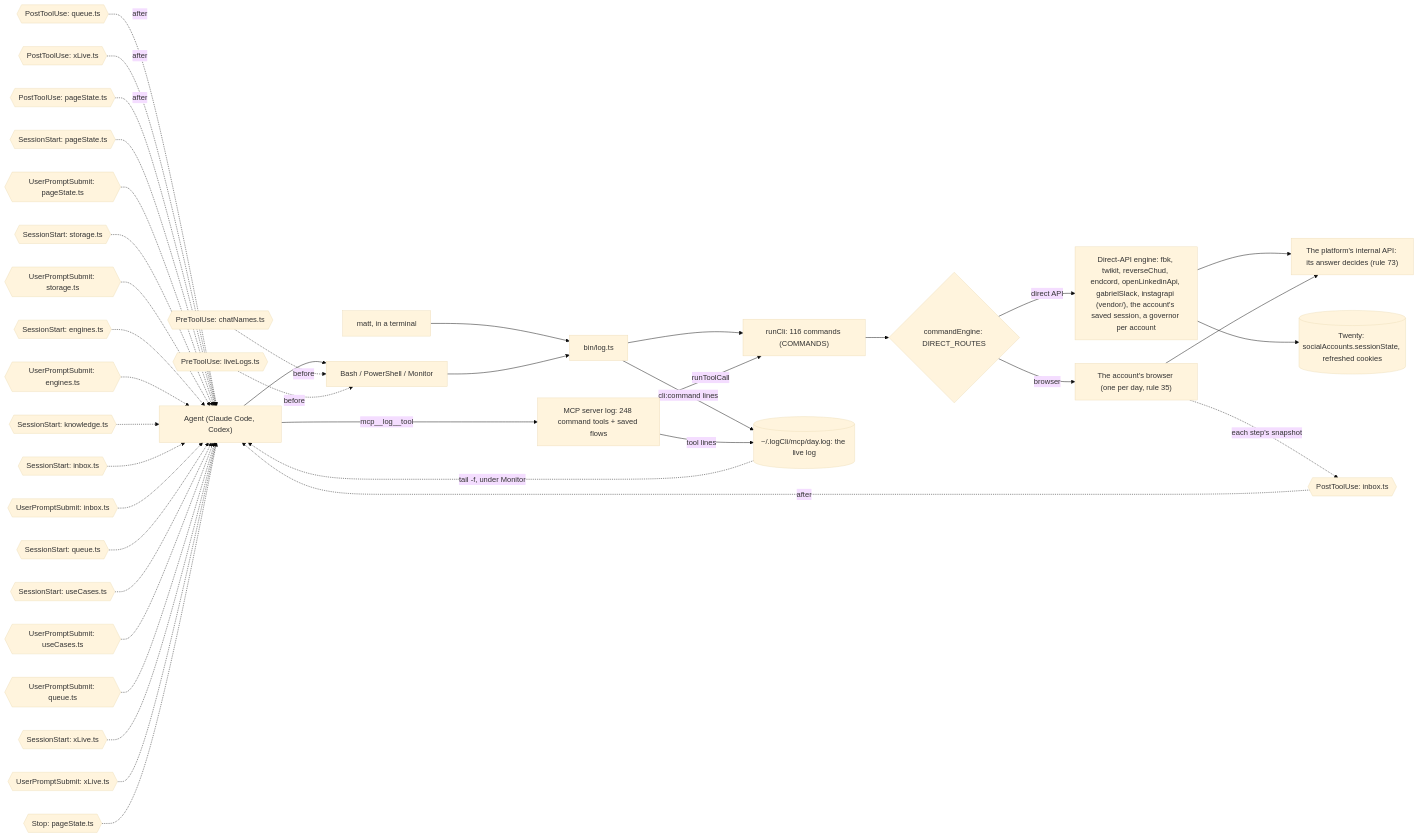
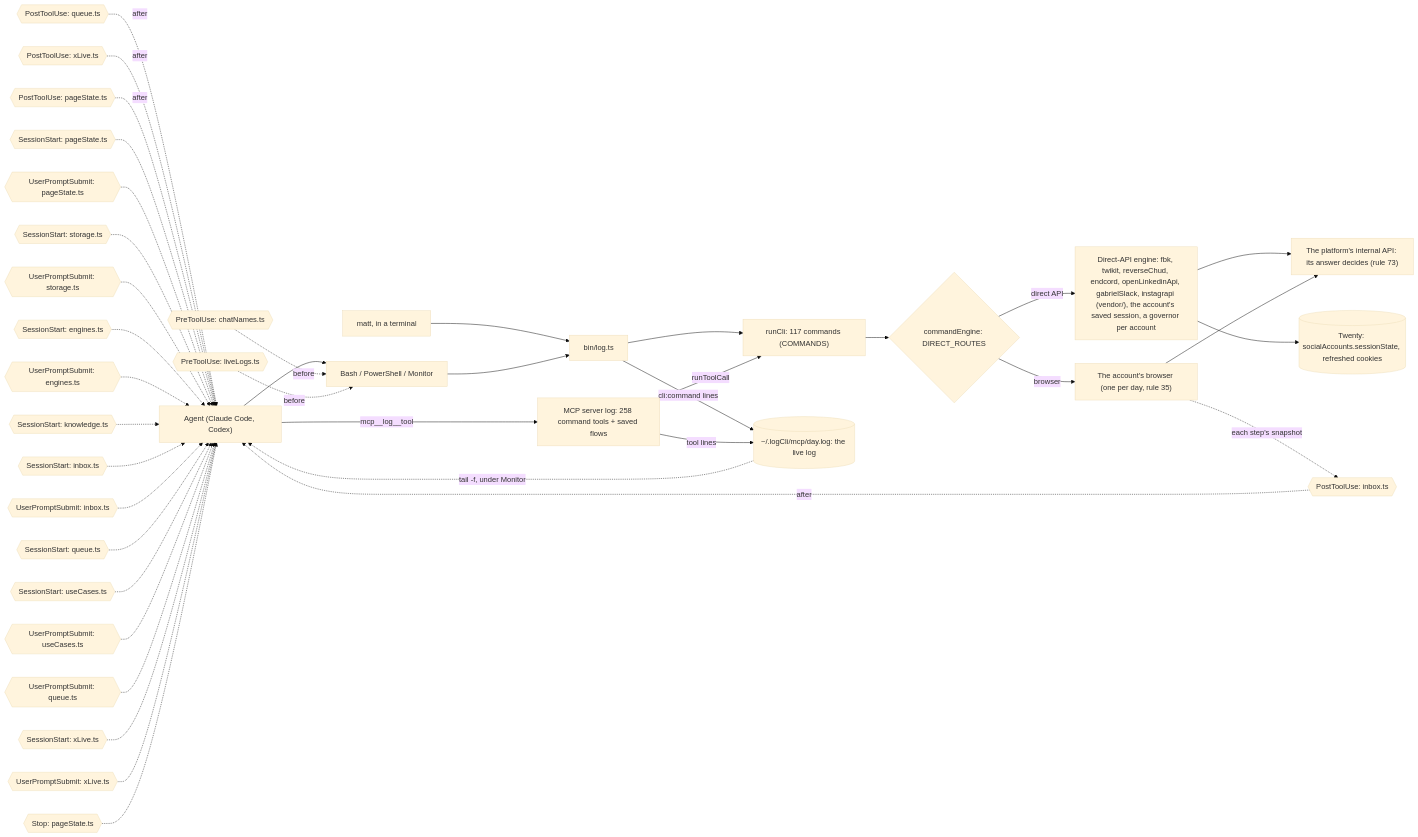
One commit to matthewdonsemail-lab/log changed the diagram in docs/diagrams/surface.mmd. Above: the diagram before and after it, drawn with Mermaid (base theme). The commit also changed 48 other files, not shown here.

```diff
--- a/docs/diagrams/surface.mmd
+++ b/docs/diagrams/surface.mmd
@@ -1,53 +1,53 @@
 %% How a call reaches log-cli. From a shell or over MCP, both run the same commands through `runCli`, write the same live log, and pass through the same hooks. `commandEngine` sends each command to the platform's direct API or to the account's browser.
 %% Written by `bun run docs:build` from the code (rule 56). Not edited by hand.
 flowchart LR
   agent["Agent (Claude Code, Codex)"]
   matt["matt, in a terminal"]
   shell["Bash / PowerShell / Monitor"]
-  mcp["MCP server log: 248 command tools + saved flows"]
+  mcp["MCP server log: 258 command tools + saved flows"]
   bin["bin/log.ts"]
-  runCli["runCli: 116 commands (COMMANDS)"]
+  runCli["runCli: 117 commands (COMMANDS)"]
   live[("~/.logCli/mcp/day.log: the live log")]
   engine{"commandEngine: DIRECT_ROUTES"}
   direct["Direct-API engine: fbk, twikit, reverseChud, endcord, openLinkedinApi, gabrielSlack, instagrapi (vendor/), the account's saved session, a governor per account"]
   browser["The account's browser (one per day, rule 35)"]
   api["The platform's internal API: its answer decides (rule 73)"]
   twenty[("Twenty: socialAccounts.sessionState, refreshed cookies")]
   agent --> shell
   matt --> bin
   shell --> bin
   agent -->|mcp__log__tool| mcp
   bin --> runCli
   mcp -->|runToolCall| runCli
   runCli --> engine
   engine -->|direct API| direct
   engine -->|browser| browser
   direct --> api
   browser --> api
   direct --> twenty
   bin -->|cli:command lines| live
   mcp -->|tool lines| live
   live -.->|tail -f, under Monitor| agent
   pre0{{"PreToolUse: chatNames.ts"}} -.->|before| shell
   pre1{{"PreToolUse: liveLogs.ts"}} -.->|before| shell
   post0{{"PostToolUse: inbox.ts"}} -.->|after| agent
   post1{{"PostToolUse: queue.ts"}} -.->|after| agent
   post2{{"PostToolUse: xLive.ts"}} -.->|after| agent
   post3{{"PostToolUse: pageState.ts"}} -.->|after| agent
   turn0{{"SessionStart: pageState.ts"}} -.-> agent
   turn1{{"UserPromptSubmit: pageState.ts"}} -.-> agent
   turn2{{"SessionStart: storage.ts"}} -.-> agent
   turn3{{"UserPromptSubmit: storage.ts"}} -.-> agent
   turn4{{"SessionStart: engines.ts"}} -.-> agent
   turn5{{"UserPromptSubmit: engines.ts"}} -.-> agent
   turn6{{"SessionStart: knowledge.ts"}} -.-> agent
   turn7{{"SessionStart: inbox.ts"}} -.-> agent
   turn8{{"UserPromptSubmit: inbox.ts"}} -.-> agent
   turn9{{"SessionStart: queue.ts"}} -.-> agent
   turn10{{"SessionStart: useCases.ts"}} -.-> agent
   turn11{{"UserPromptSubmit: useCases.ts"}} -.-> agent
   turn12{{"UserPromptSubmit: queue.ts"}} -.-> agent
   turn13{{"SessionStart: xLive.ts"}} -.-> agent
   turn14{{"UserPromptSubmit: xLive.ts"}} -.-> agent
   turn15{{"Stop: pageState.ts"}} -.-> agent
   browser -.->|each step's snapshot| post0
```
